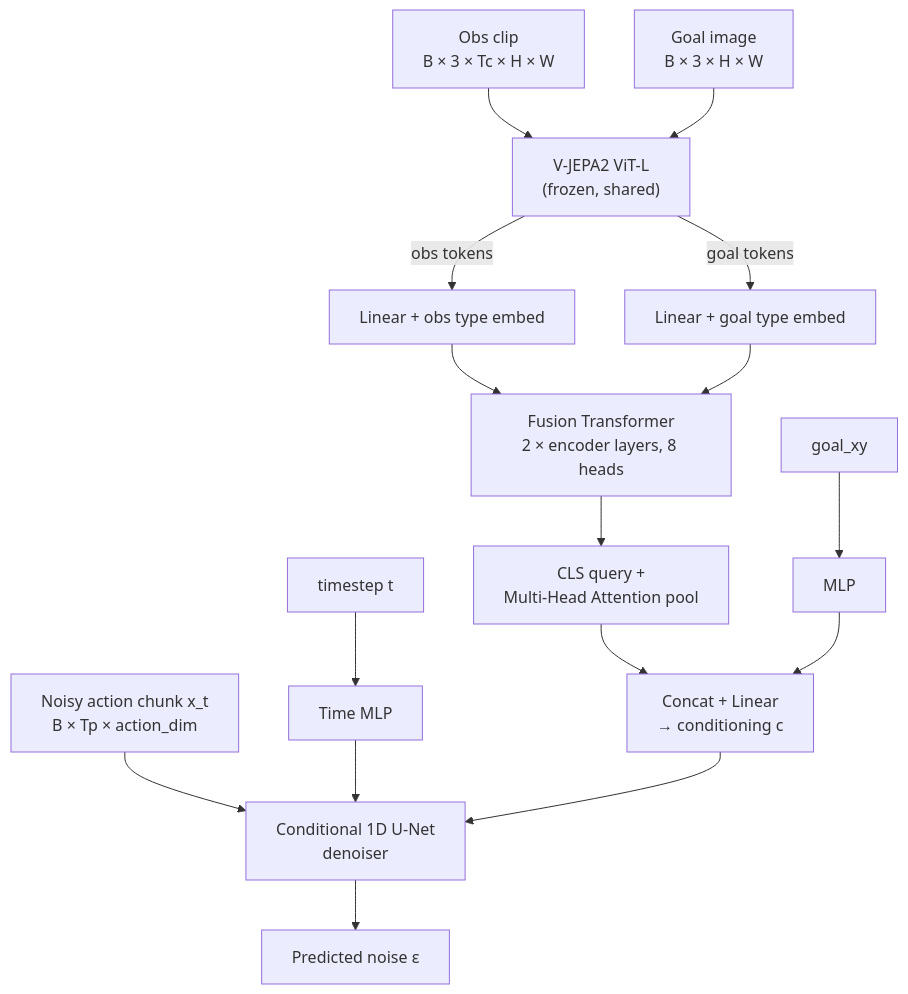
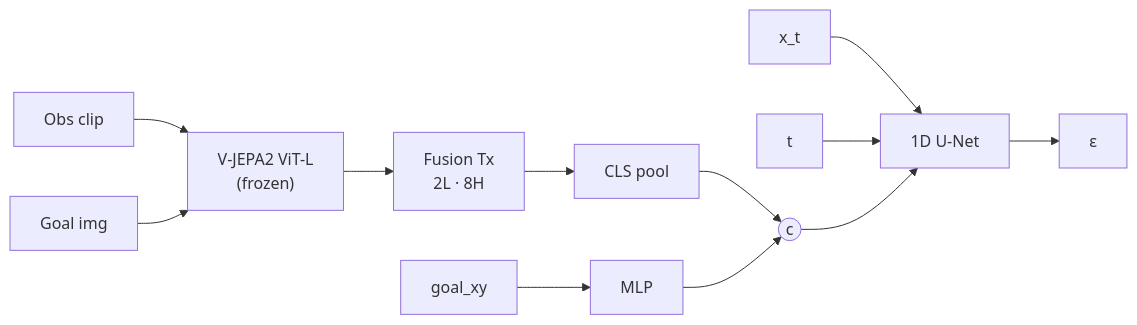
Before and after one commit to adipotnis/DiffusionNav: the diagram in README.md, drawn with Mermaid.

Commit message:
docs: compact horizontal architecture diagram

````diff
--- a/README.md
+++ b/README.md
@@ -14,18 +14,10 @@
 ```mermaid
-flowchart TD
-    obs["Obs clip<br/>B × 3 × Tc × H × W"] --> enc["V-JEPA2 ViT-L<br/>(frozen, shared)"]
-    goal["Goal image<br/>B × 3 × H × W"] --> enc
-    enc -->|obs tokens| po["Linear + obs type embed"]
-    enc -->|goal tokens| pg["Linear + goal type embed"]
-    po --> fuse["Fusion Transformer<br/>2 × encoder layers, 8 heads"]
-    pg --> fuse
-    fuse --> pool["CLS query +<br/>Multi-Head Attention pool"]
-    gxy["goal_xy"] --> gmlp["MLP"]
-    pool --> merge["Concat + Linear<br/>→ conditioning c"]
-    gmlp --> merge
-
-    x["Noisy action chunk x_t<br/>B × Tp × action_dim"] --> unet["Conditional 1D U-Net<br/>denoiser"]
-    t["timestep t"] --> tembed["Time MLP"] --> unet
-    merge --> unet
-    unet --> eps["Predicted noise ε"]
+flowchart LR
+    obs["Obs clip"] --> enc["V-JEPA2 ViT-L<br/>(frozen)"]
+    goal["Goal img"] --> enc
+    enc --> fuse["Fusion Tx<br/>2L · 8H"] --> pool["CLS pool"] --> merge(("c"))
+    gxy["goal_xy"] --> gmlp["MLP"] --> merge
+    x["x_t"] --> unet["1D U-Net"]
+    t["t"] --> unet
+    merge --> unet --> eps["ε"]
 ```
````
